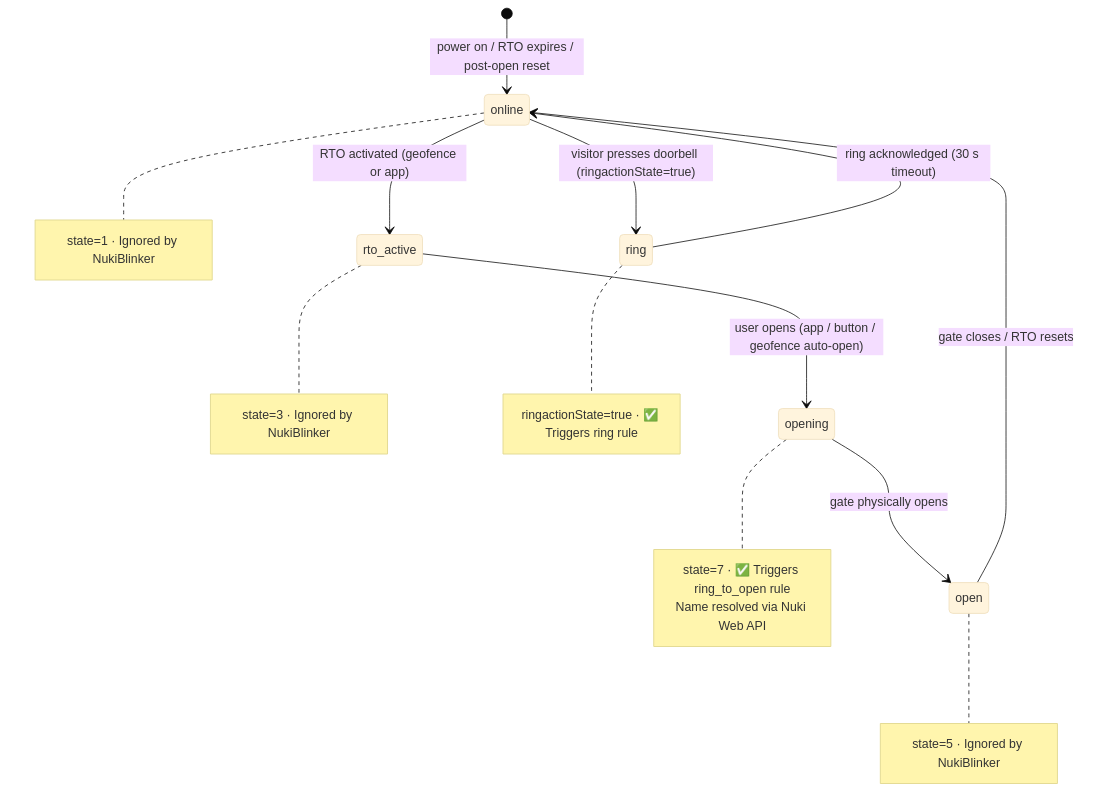
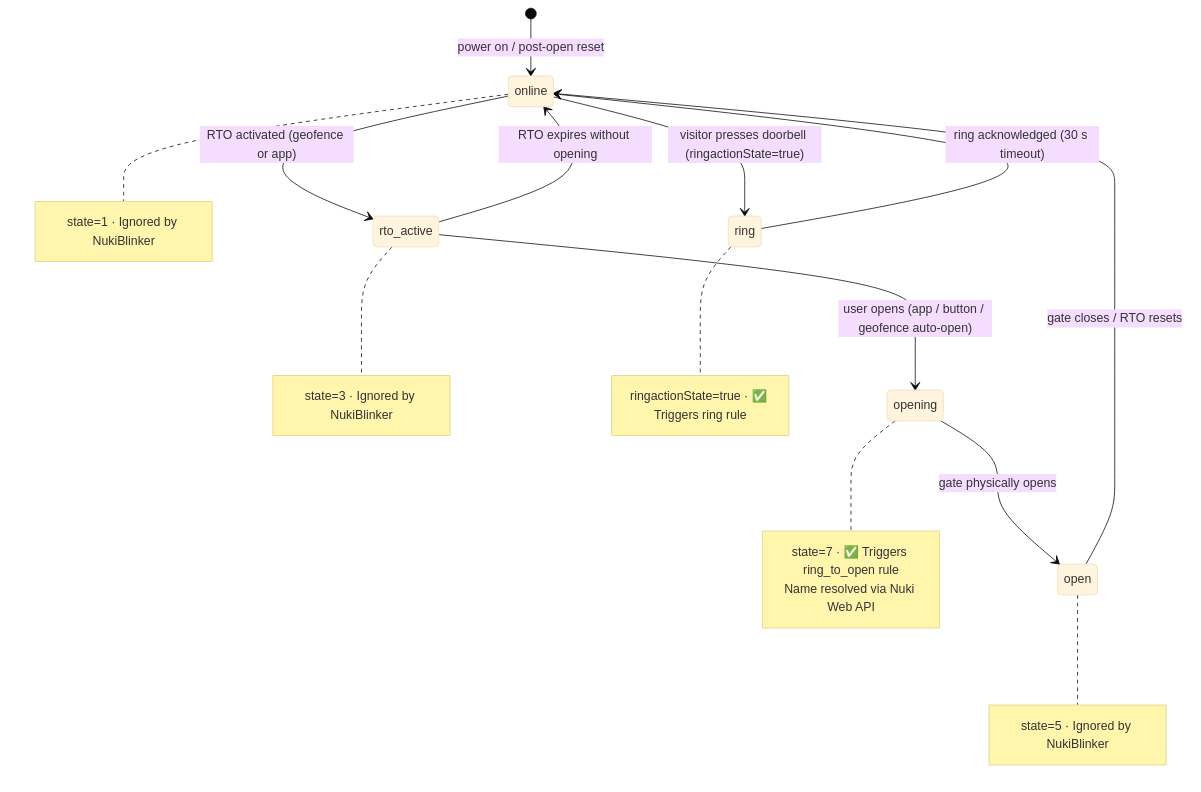
The first of 2 diagrams in specs/product-spec.md (nicdobler/NukiBlinker), drawn with Mermaid (base theme) before and after one commit.

Commit message:
docs(specs): add rto_active→online transition (RTO expires without open)

````diff
--- a/specs/product-spec.md
+++ b/specs/product-spec.md
@@ -74,28 +74,29 @@
 ```mermaid
 stateDiagram-v2
-    [*] --> online : power on / RTO expires / post-open reset
+    [*] --> online : power on / post-open reset
     online --> rto_active : RTO activated (geofence or app)
     rto_active --> opening : user opens (app / button / geofence auto-open)
+    rto_active --> online : RTO expires without opening
     opening --> open : gate physically opens
     open --> online : gate closes / RTO resets
 
     note right of online
         state=1 · Ignored by NukiBlinker
     end note
     note right of rto_active
         state=3 · Ignored by NukiBlinker
     end note
     note right of opening
         state=7 · ✅ Triggers ring_to_open rule
         Name resolved via Nuki Web API
     end note
     note right of open
         state=5 · Ignored by NukiBlinker
     end note
 
     online --> ring : visitor presses doorbell (ringactionState=true)
     ring --> online : ring acknowledged (30 s timeout)
     note right of ring
         ringactionState=true · ✅ Triggers ring rule
     end note
 ```
````
